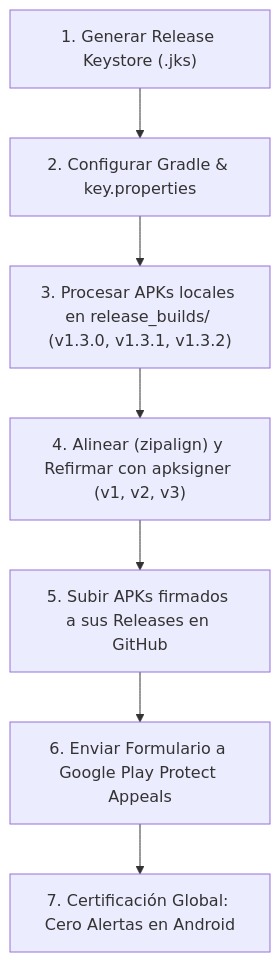
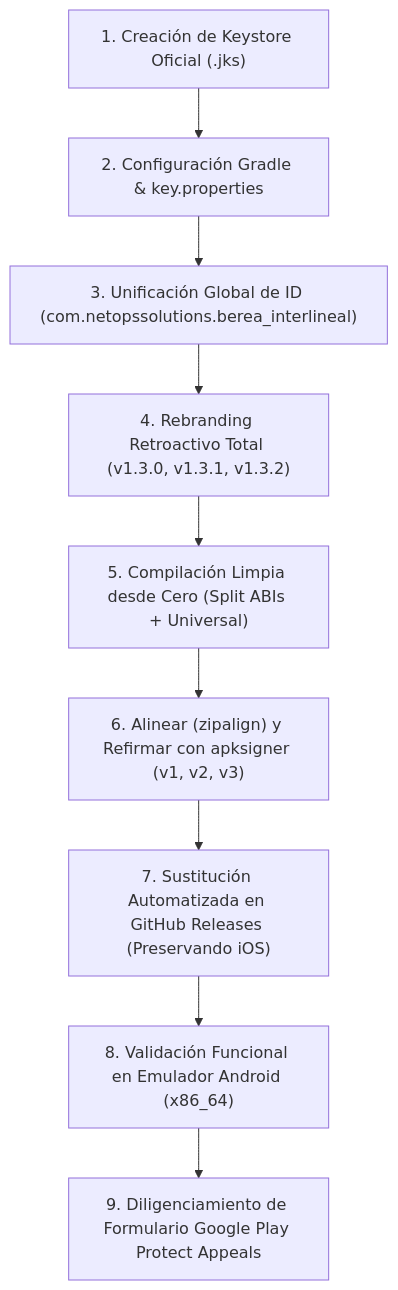
Before and after one commit to NetOpsSolutions/Berea_Interlineal: the diagram in Archivos_md/PLAN_FIRMADO_PRODUCCION_Y_PLAY_PROTECT.md, drawn with Mermaid. The commit also changed other lines of this file, not shown here.

Commit message:
docs: update signed production plan and play protect manual with complete deployment history

````diff
--- a/Archivos_md/PLAN_FIRMADO_PRODUCCION_Y_PLAY_PROTECT.md
+++ b/Archivos_md/PLAN_FIRMADO_PRODUCCION_Y_PLAY_PROTECT.md
@@ -11,9 +14,11 @@
 ```mermaid
 flowchart TD
-    A["1. Generar Release Keystore (.jks)"] --> B["2. Configurar Gradle & key.properties"]
-    B --> C["3. Procesar APKs locales en release_builds/ (v1.3.0, v1.3.1, v1.3.2)"]
-    C --> D["4. Alinear (zipalign) y Refirmar con apksigner (v1, v2, v3)"]
-    D --> E["5. Subir APKs firmados a sus Releases en GitHub"]
-    E --> F["6. Enviar Formulario a Google Play Protect Appeals"]
-    F --> G["7. Certificación Global: Cero Alertas en Android"]
+    A["1. Creación de Keystore Oficial (.jks)"] --> B["2. Configuración Gradle & key.properties"]
+    B --> C["3. Unificación Global de ID (com.netopssolutions.berea_interlineal)"]
+    C --> D["4. Rebranding Retroactivo Total (v1.3.0, v1.3.1, v1.3.2)"]
+    D --> E["5. Compilación Limpia desde Cero (Split ABIs + Universal)"]
+    E --> F["6. Alinear (zipalign) y Refirmar con apksigner (v1, v2, v3)"]
+    F --> G["7. Sustitución Automatizada en GitHub Releases (Preservando iOS)"]
+    G --> H["8. Validación Funcional en Emulador Android (x86_64)"]
+    H --> I["9. Diligenciamiento de Formulario Google Play Protect Appeals"]
 ```
````
